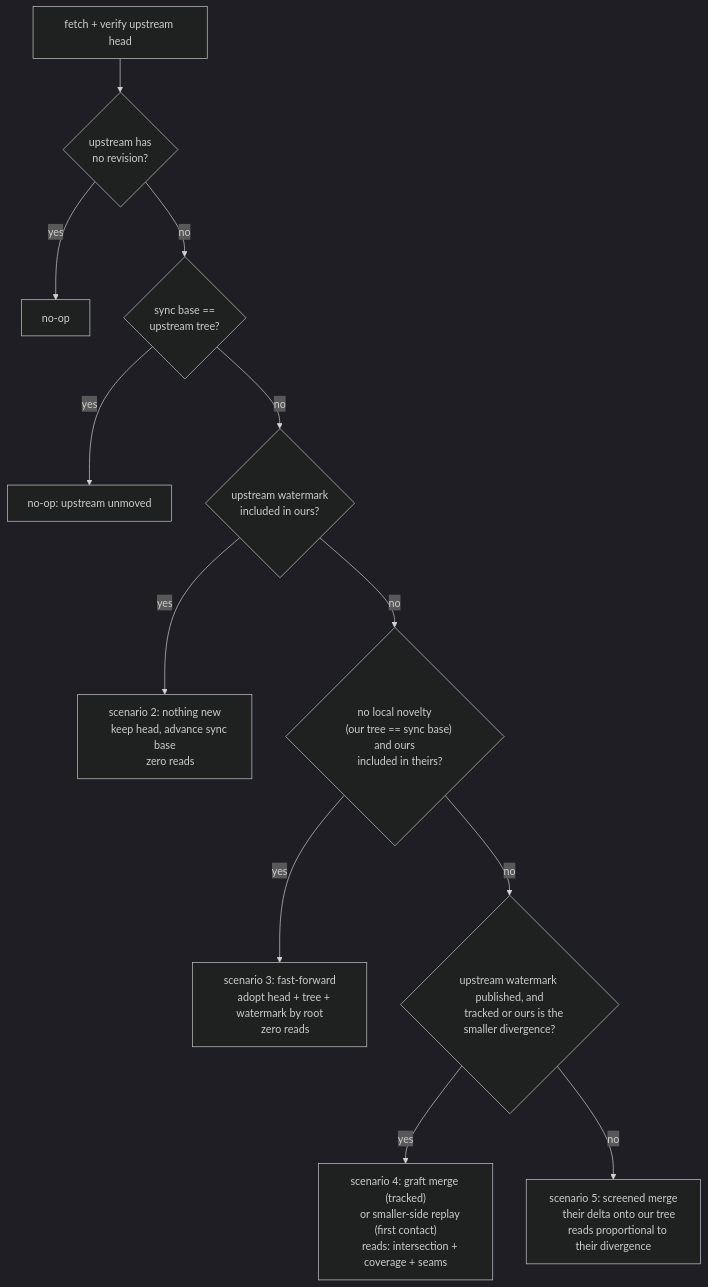
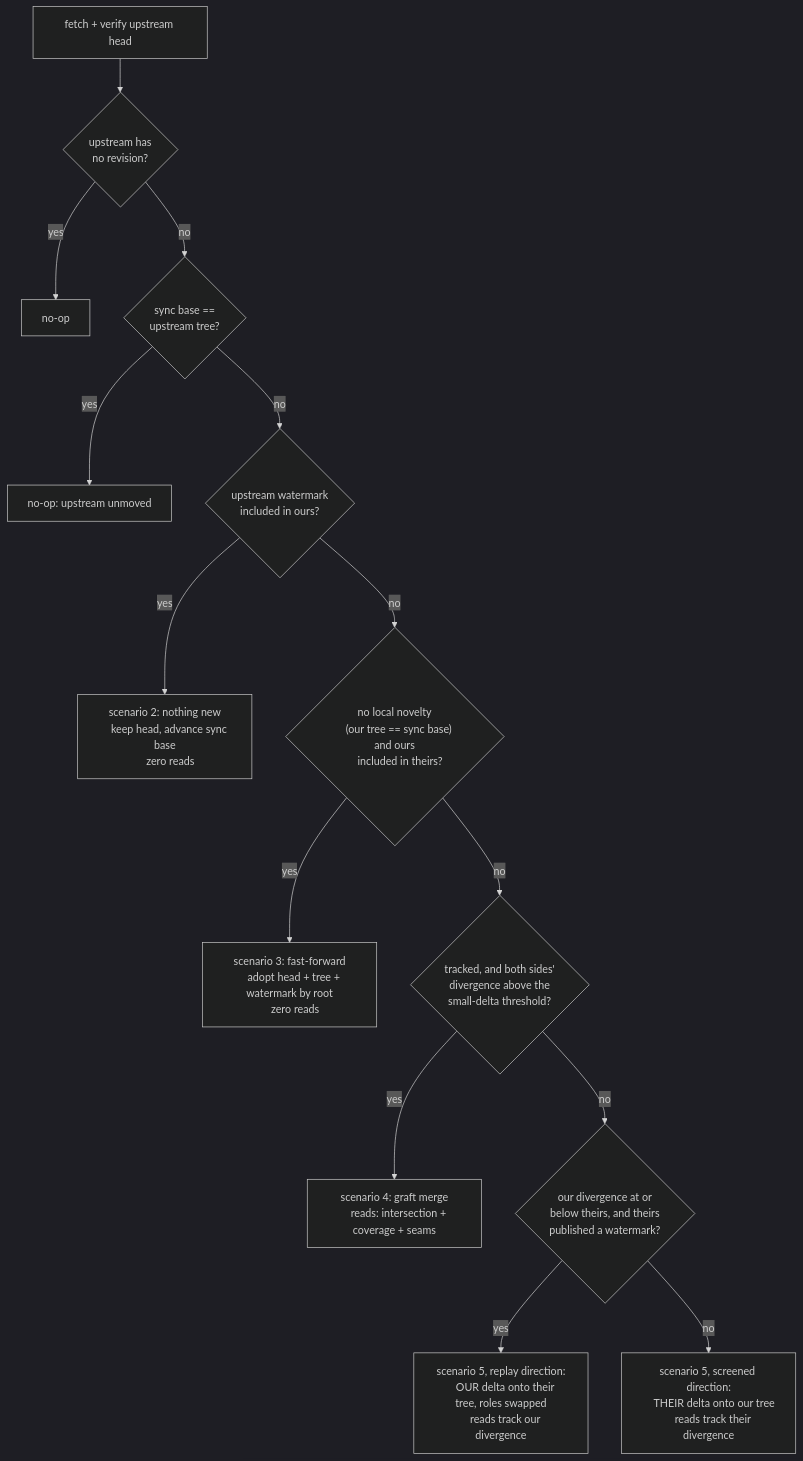
Before and after one commit to dialog-db/dialog-db: the third of 8 diagrams in notes/version-control.md, drawn with Mermaid (dark theme). The commit also changed other lines of this file, not shown here.

First line of the commit message:
docs: spec the merge directions, winner selection, and commit cost

````diff
--- a/notes/version-control.md
+++ b/notes/version-control.md
@@ -147,28 +147,34 @@
 ```mermaid
 flowchart TD
     A["fetch + verify upstream head"] --> B{"upstream has
     no revision?"}
     B -- yes --> N1["no-op"]
     B -- no --> C{"sync base ==
     upstream tree?"}
     C -- yes --> N2["no-op: upstream unmoved"]
     C -- no --> D{"upstream watermark
     included in ours?"}
     D -- yes --> S2["scenario 2: nothing new
     keep head, advance sync base
     zero reads"]
     D -- no --> E{"no local novelty
     (our tree == sync base) and ours
     included in theirs?"}
     E -- yes --> S3["scenario 3: fast-forward
     adopt head + tree + watermark by root
     zero reads"]
-    E -- no --> F{"upstream watermark published, and
-    tracked or ours is the smaller divergence?"}
-    F -- yes --> S4["scenario 4: graft merge (tracked)
-    or smaller-side replay (first contact)
+    E -- no --> F{"tracked, and both sides'
+    divergence above the
+    small-delta threshold?"}
+    F -- yes --> S4["scenario 4: graft merge
     reads: intersection + coverage + seams"]
-    F -- no --> S5["scenario 5: screened merge
-    their delta onto our tree
-    reads proportional to their divergence"]
+    F -- no --> G{"our divergence at or
+    below theirs, and theirs
+    published a watermark?"}
+    G -- yes --> S5a["scenario 5, replay direction:
+    OUR delta onto their tree, roles swapped
+    reads track our divergence"]
+    G -- no --> S5b["scenario 5, screened direction:
+    THEIR delta onto our tree
+    reads track their divergence"]
 ```
````
